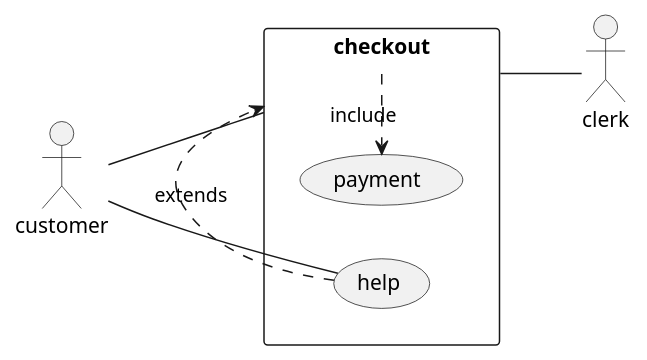
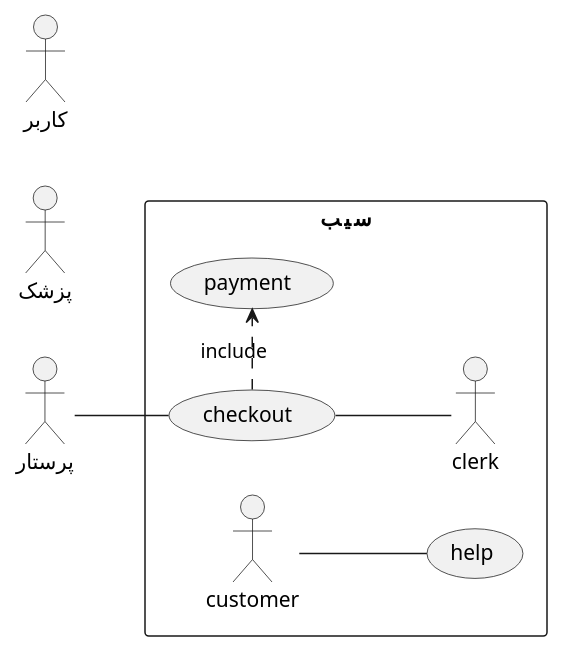
Before and after one commit to SeyedAlirezaFatemi/software-engineering-diagrams: the diagram in src/use-case/use-case-1.wsd, drawn with PlantUML. The commit also changed 2 other files, not shown here.

Commit message:
sequence and activity diagrams added

```diff
--- a/src/use-case/use-case-1.wsd
+++ b/src/use-case/use-case-1.wsd
@@ -1,14 +1,14 @@
 @startuml use-case-1
 left to right direction
 skinparam packageStyle rectangle
 skinparam monochrome true
-actor customer
-actor clerk
-rectangle checkout {
-  customer -- (checkout)
+actor پرستار as nurse
+actor پزشک as doctor
+actor کاربر as user
+rectangle سیب {
+  nurse -- (checkout)
   (checkout) .> (payment) : include
-  (help) .> (checkout) : extends
   (checkout) -- clerk
   customer -- (help)
 }
 @enduml
```
